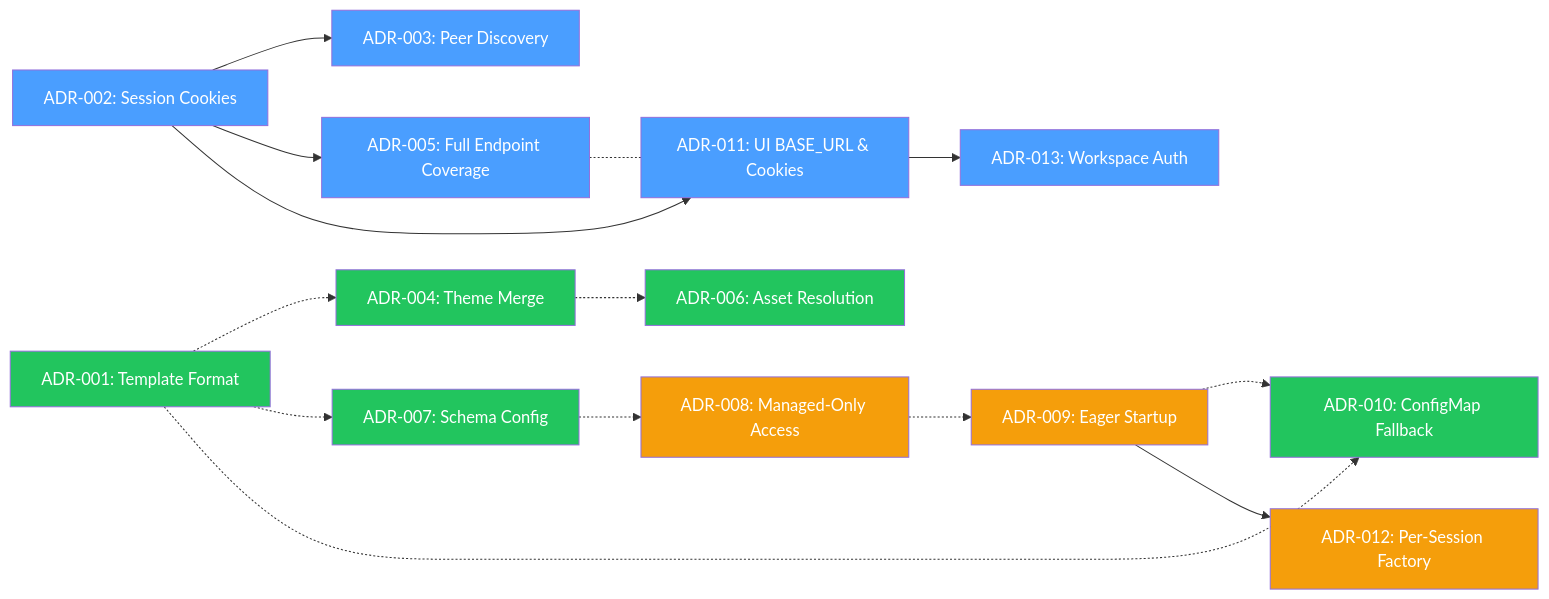
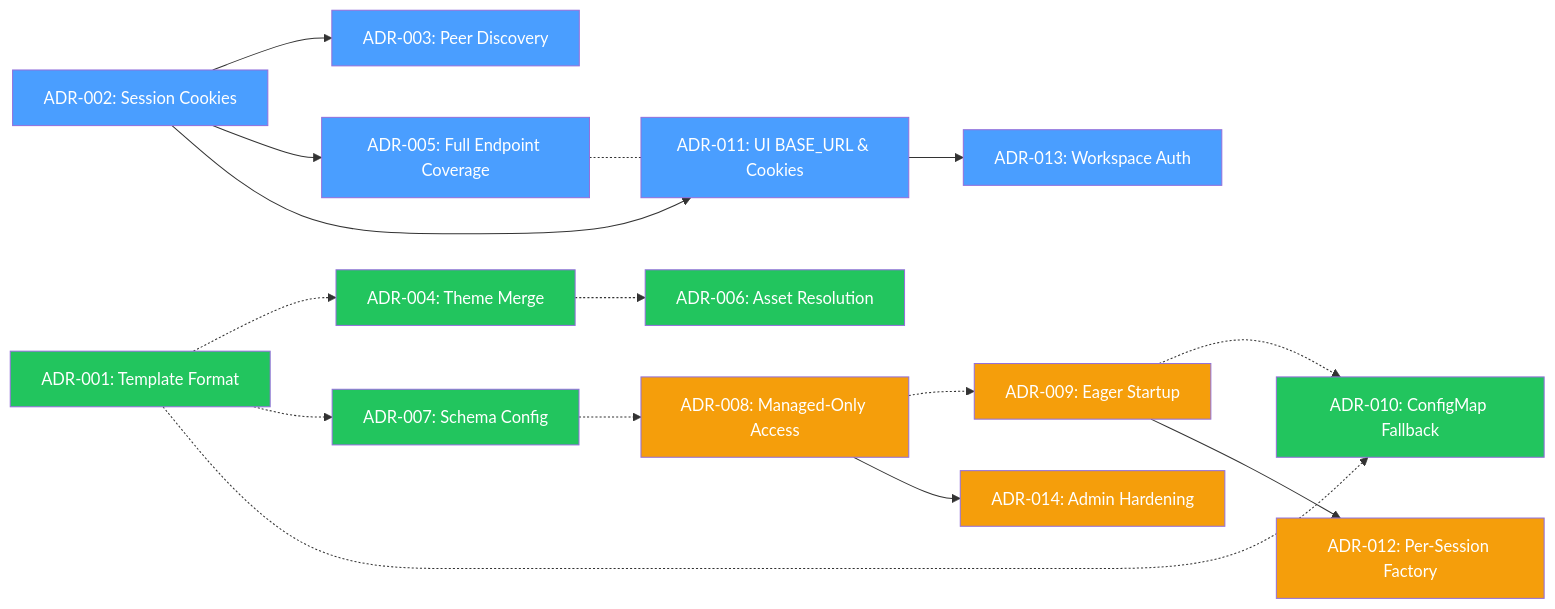
One commit to nogoo9/no-crd changed the diagram in docs/decisions/index.md. Above: the diagram before and after it, drawn with Mermaid. The commit also changed other lines of this file and 31 other files, not shown here.

````diff
--- a/docs/decisions/index.md
+++ b/docs/decisions/index.md
@@ -38,29 +39,31 @@
 ```mermaid
 graph LR
     ADR002["ADR-002: Session Cookies"] --> ADR003["ADR-003: Peer Discovery"]
     ADR002 --> ADR005["ADR-005: Full Endpoint Coverage"]
     ADR001["ADR-001: Template Format"] -.-> ADR004["ADR-004: Theme Merge"]
     ADR004 -.-> ADR006["ADR-006: Asset Resolution"]
     ADR001 -.-> ADR007["ADR-007: Schema Config"]
     ADR007 -.-> ADR008["ADR-008: Managed-Only Access"]
     ADR008 -.-> ADR009["ADR-009: Eager Startup"]
     ADR001 -.-> ADR010["ADR-010: ConfigMap Fallback"]
     ADR009 -.-> ADR010
     ADR002 --> ADR011["ADR-011: UI BASE_URL & Cookies"]
     ADR005 -.- ADR011
     ADR009 --> ADR012["ADR-012: Per-Session Factory"]
     ADR011 --> ADR013["ADR-013: Workspace Auth"]
+    ADR008 --> ADR014["ADR-014: Admin Hardening"]
     style ADR002 fill:#4a9eff,color:#fff
     style ADR003 fill:#4a9eff,color:#fff
     style ADR005 fill:#4a9eff,color:#fff
     style ADR001 fill:#22c55e,color:#fff
     style ADR004 fill:#22c55e,color:#fff
     style ADR006 fill:#22c55e,color:#fff
     style ADR007 fill:#22c55e,color:#fff
     style ADR008 fill:#f59e0b,color:#fff
     style ADR009 fill:#f59e0b,color:#fff
     style ADR010 fill:#22c55e,color:#fff
     style ADR011 fill:#4a9eff,color:#fff
     style ADR012 fill:#f59e0b,color:#fff
     style ADR013 fill:#4a9eff,color:#fff
+    style ADR014 fill:#f59e0b,color:#fff
 ```
````
